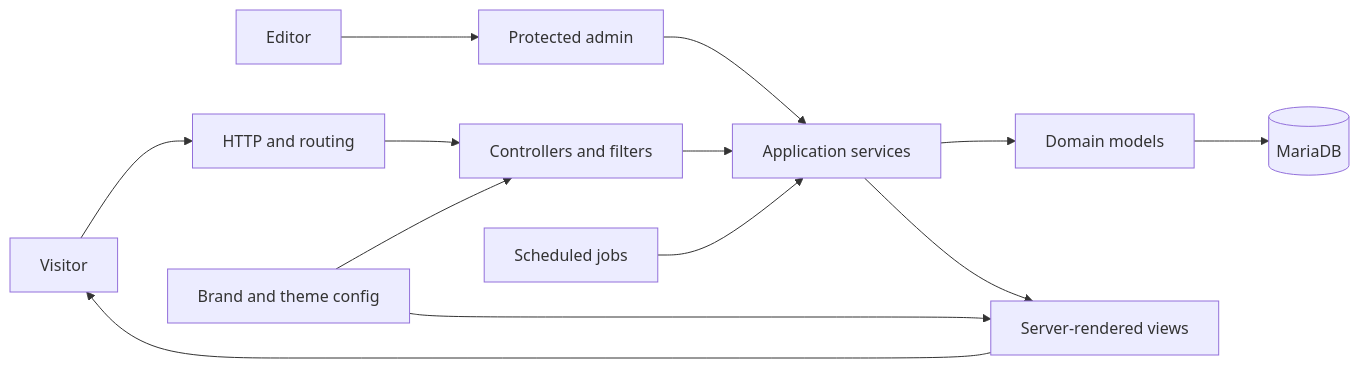
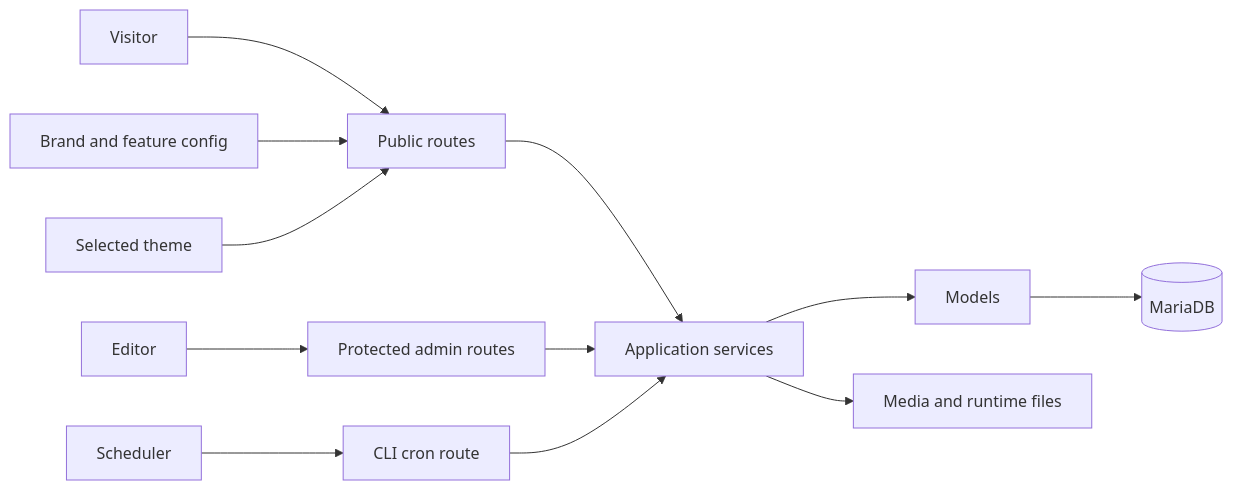
One commit to tomgineer/verdincore.com changed the diagram in README.md. Above: the diagram before and after it, drawn with Mermaid. The commit also changed other lines of this file and 29 other files, not shown here.

````diff
--- a/README.md
+++ b/README.md
@@ -45,15 +47,14 @@
 ```mermaid
 flowchart LR
-    V[Visitor] --> H[HTTP and routing]
-    E[Editor] --> A[Protected admin]
-    H --> C[Controllers and filters]
-    A --> S[Application services]
-    C --> S
-    S --> M[Domain models]
-    M --> D[(MariaDB)]
-    S --> R[Server-rendered views]
-    B[Brand and theme config] --> C
-    B --> R
-    J[Scheduled jobs] --> S
-    R --> V
+    Visitor[Visitor] --> Public[Public routes]
+    Editor[Editor] --> Admin[Protected admin routes]
+    Scheduler[Scheduler] --> Cron[CLI cron route]
+    Public --> Services[Application services]
+    Admin --> Services
+    Cron --> Services
+    Services --> Models[Models]
+    Models --> DB[(MariaDB)]
+    Services --> Files[Media and runtime files]
+    Brand[Brand and feature config] --> Public
+    Theme[Selected theme] --> Public
 ```
````
